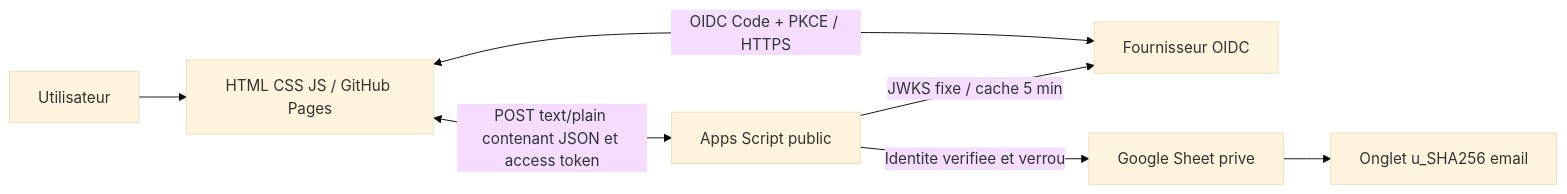
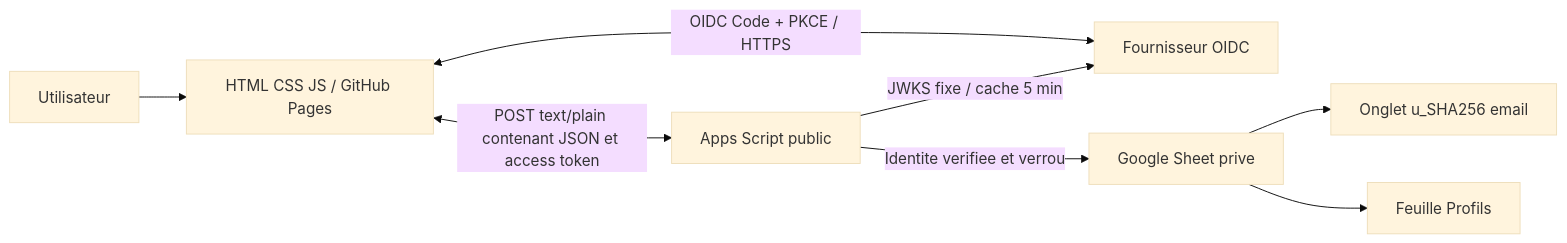
One commit to quentin1500/toolbox_share changed the first of 5 diagrams in docs/fonctionnel.md. Above: the diagram before and after it, drawn with Mermaid (base theme). The commit also changed other lines of this file and 11 other files, not shown here.

````diff
--- a/docs/fonctionnel.md
+++ b/docs/fonctionnel.md
@@ -65,9 +66,10 @@
 ```mermaid
 flowchart LR
   Personne[Utilisateur] --> Pages[HTML CSS JS / GitHub Pages]
   Pages <-->|OIDC Code + PKCE / HTTPS| IdP[Fournisseur OIDC]
   Pages <-->|POST text/plain contenant JSON et access token| Script[Apps Script public]
   Script -->|JWKS fixe / cache 5 min| IdP
   Script -->|Identite verifiee et verrou| Sheet[Google Sheet prive]
   Sheet --> UserTab[Onglet u_SHA256 email]
+  Sheet --> ProfileTab[Feuille Profils]
 ```
````
